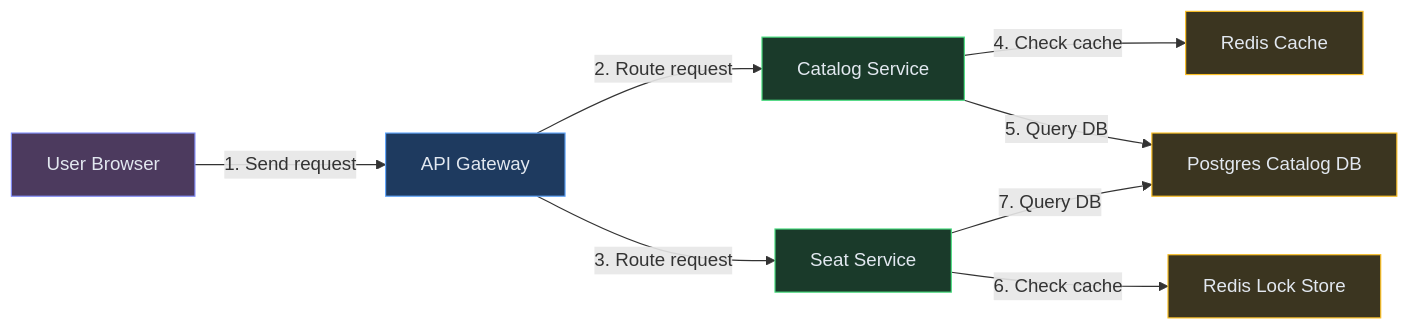
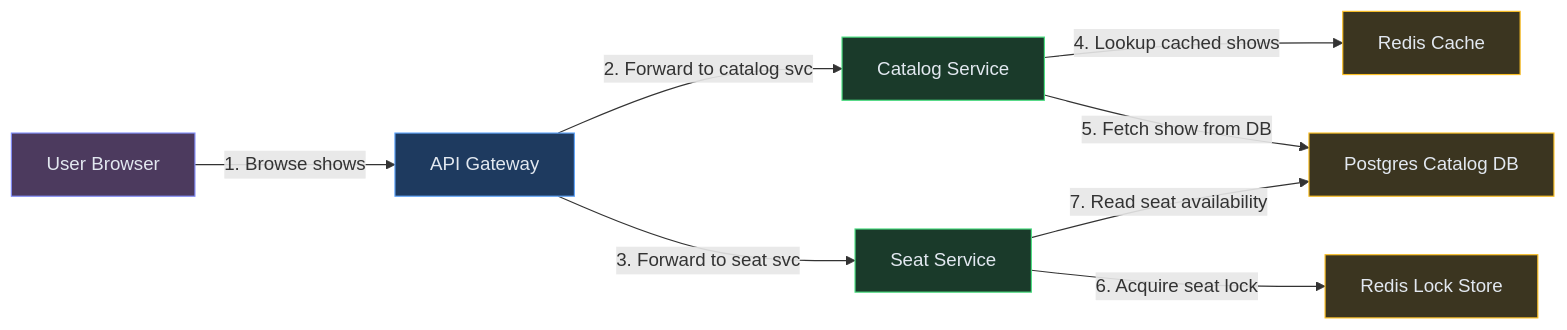
One commit to iluzn/HLD-Designs changed the second of 11 diagrams in content/hld/BookMyShow.md. Above: the diagram before and after it, drawn with Mermaid. The commit also changed other lines of this file and 27 other files, not shown here.

````diff
--- a/content/hld/BookMyShow.md
+++ b/content/hld/BookMyShow.md
@@ -195,23 +195,23 @@
 ```mermaid
 flowchart LR
     User["User Browser"]:::client
     GW["API Gateway"]:::edge
     CAT["Catalog Service"]:::service
     SS["Seat Service"]:::service
     RC["Redis Cache"]:::data
     DB["Postgres Catalog DB"]:::data
     RL["Redis Lock Store"]:::data
 
-    User -->|"1. Send request"| GW
-    GW -->|"2. Route request"| CAT
-    GW -->|"3. Route request"| SS
-    CAT -->|"4. Check cache"| RC
-    CAT -->|"5. Query DB"| DB
-    SS -->|"6. Check cache"| RL
-    SS -->|"7. Query DB"| DB
+    User -->|"1. Browse shows"| GW
+    GW -->|"2. Forward to catalog svc"| CAT
+    GW -->|"3. Forward to seat svc"| SS
+    CAT -->|"4. Lookup cached shows"| RC
+    CAT -->|"5. Fetch show from DB"| DB
+    SS -->|"6. Acquire seat lock"| RL
+    SS -->|"7. Read seat availability"| DB
 
     classDef client fill:#4c3a5e,stroke:#818cf8,color:#e2e8f0
     classDef edge fill:#1e3a5f,stroke:#60a5fa,color:#e2e8f0
     classDef service fill:#1a3a2a,stroke:#4ade80,color:#e2e8f0
     classDef data fill:#3b3520,stroke:#fbbf24,color:#e2e8f0
 ```
````
